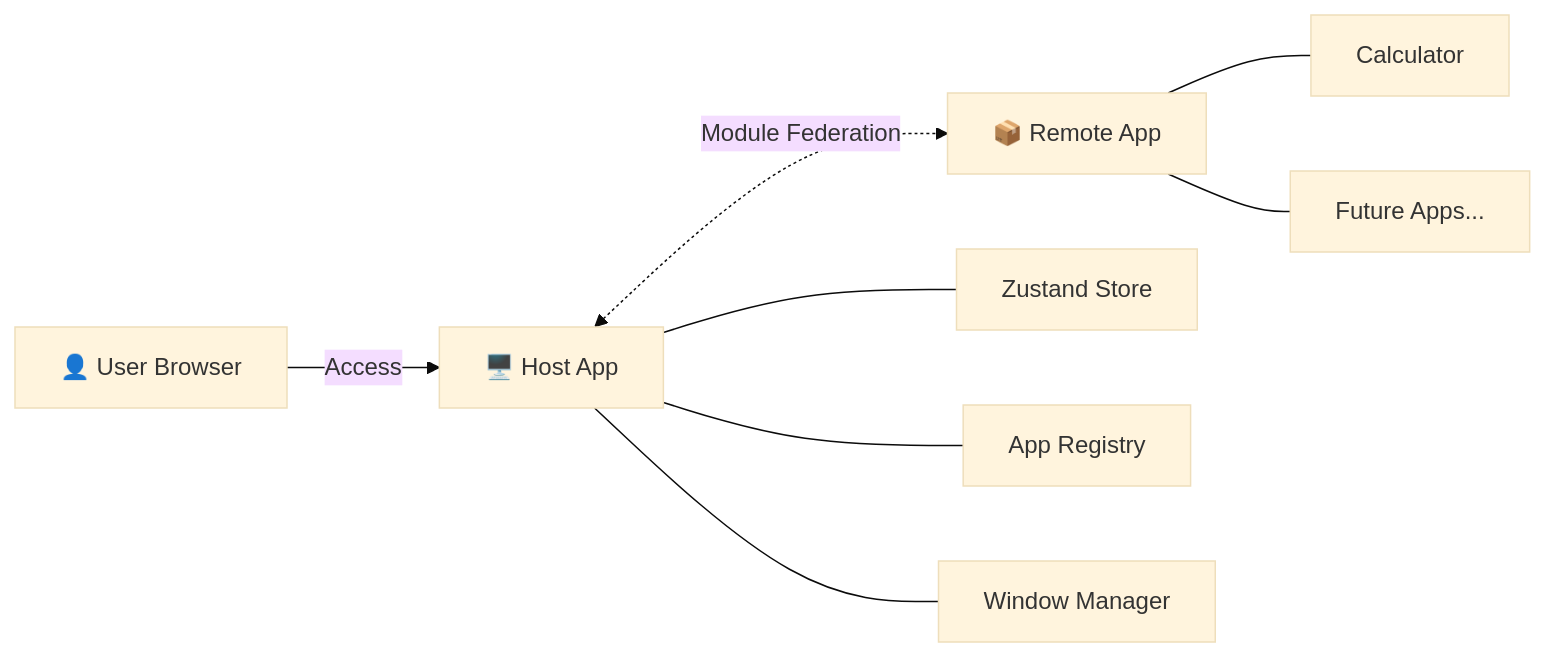
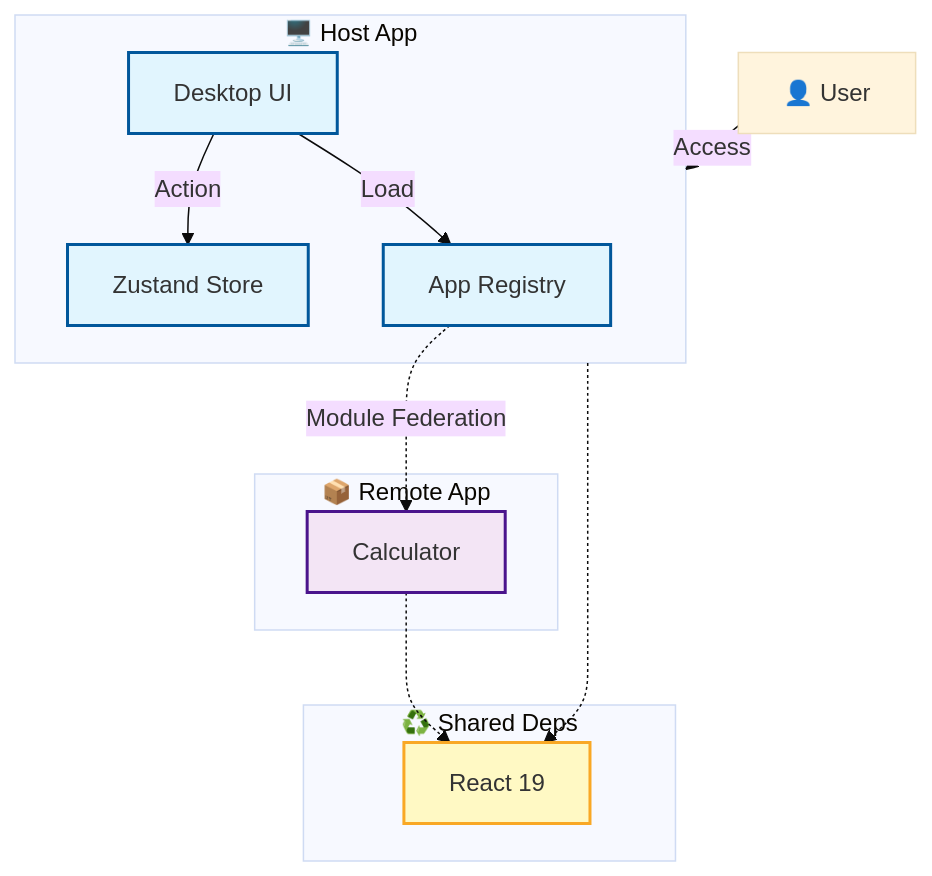
The diagram in README.md (KBH-js/proto), drawn with Mermaid (base theme) before and after one commit.

Commit message:
fix: correct Mermaid diagram syntax errors

````diff
--- a/README.md
+++ b/README.md
@@ -22,12 +22,32 @@
 ```mermaid
-graph LR
-    User[👤 User Browser] -->|Access| Host[🖥️ Host App]
-    Host <-.->|Module Federation| Remote[📦 Remote App]
-    
-    Host --- H1[Zustand Store]
-    Host --- H2[App Registry]
-    Host --- H3[Window Manager]
-    
-    Remote --- R1[Calculator]
-    Remote --- R2[Future Apps...]
+graph TD
+    classDef host fill:#e1f5fe,stroke:#01579b,stroke-width:2px
+    classDef remote fill:#f3e5f5,stroke:#4a148c,stroke-width:2px
+    classDef shared fill:#fff9c4,stroke:#f9a825,stroke-width:2px
+
+    User["👤 User"] -->|Access| Host
+
+    subgraph Host ["🖥️ Host App"]
+        Registry[App Registry]
+        Store[Zustand Store]
+        Desktop[Desktop UI]
+        Desktop -->|Action| Store
+        Desktop -->|Load| Registry
+    end
+
+    subgraph Remote ["📦 Remote App"]
+        Calc[Calculator]
+    end
+
+    subgraph Shared ["♻️ Shared Deps"]
+        ReactLib[React 19]
+    end
+
+    Registry -.->|Module Federation| Calc
+    Host -.-> ReactLib
+    Calc -.-> ReactLib
+
+    class Registry,Store,Desktop host
+    class Calc remote
+    class ReactLib shared
 ```
````
